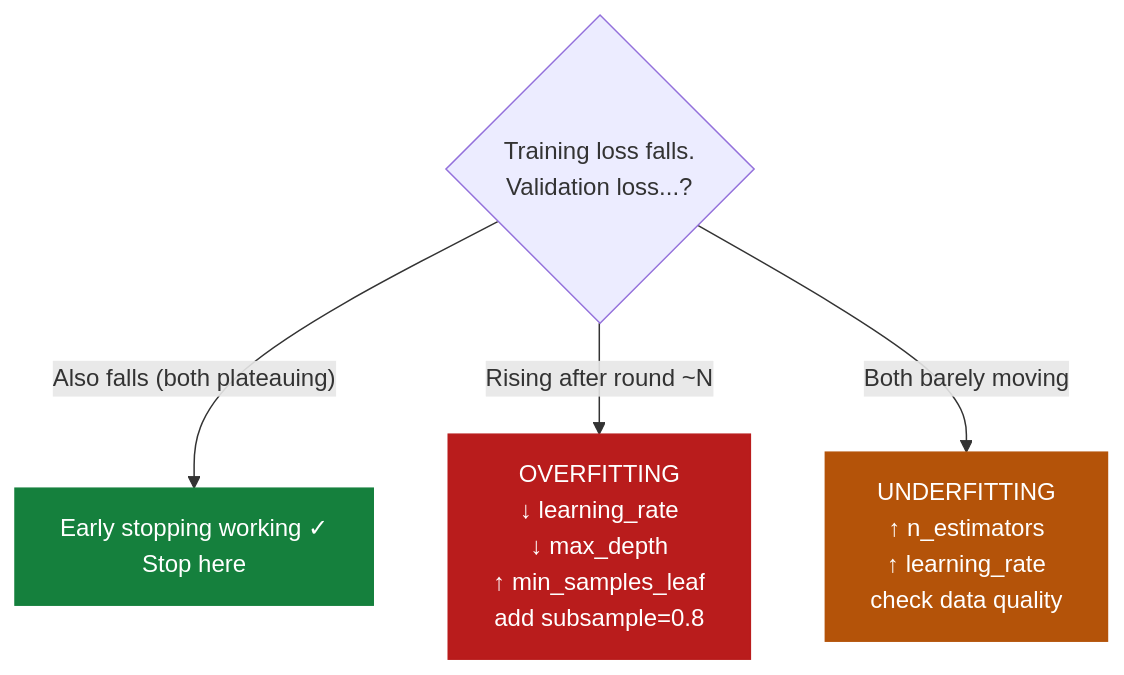
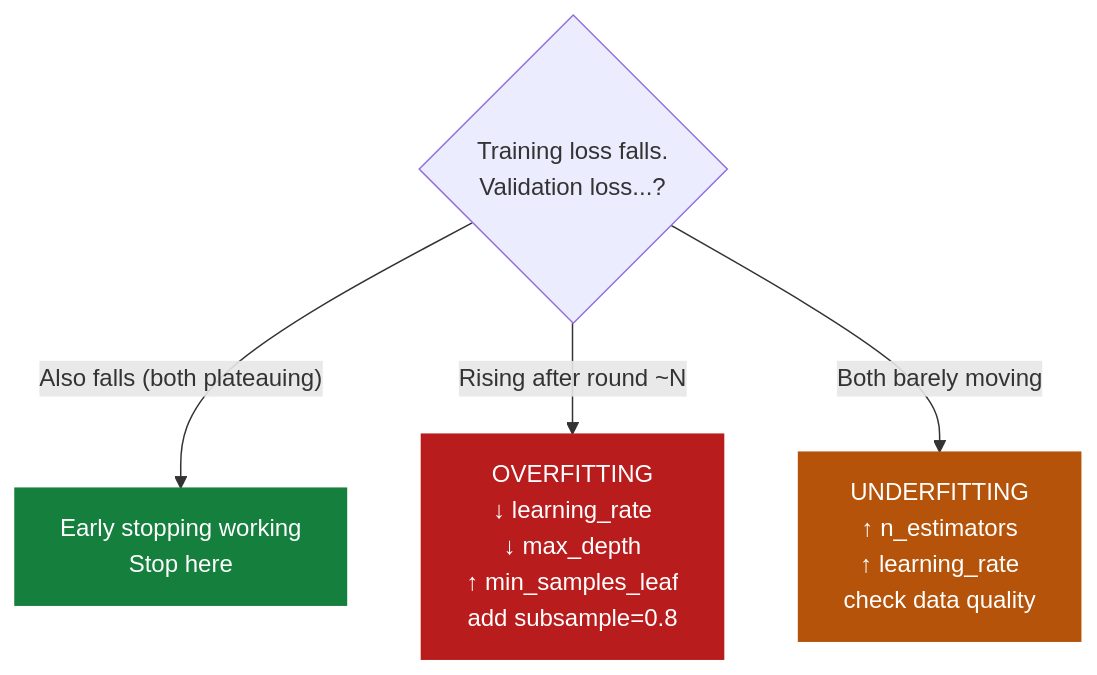
Before and after one commit to dsgouda7/ai-portfolio: the fourth of 4 diagrams in notes/01-ml/08-ensemble-methods/ch02_boosting/README.md, drawn with Mermaid. The commit also changed other lines of this file and 391 other files, not shown here.

````diff
--- a/notes/01-ml/08-ensemble-methods/ch02_boosting/README.md
+++ b/notes/01-ml/08-ensemble-methods/ch02_boosting/README.md
@@ -552,11 +552,11 @@
 ```mermaid
 flowchart TD
  classDef danger fill:#b91c1c,color:#fff,stroke:#b91c1c
  classDef success fill:#15803d,color:#fff,stroke:#15803d
  classDef caution fill:#b45309,color:#fff,stroke:#b45309
 
  Q1{"Training loss falls.\nValidation loss...?"}
- Q1 -->|"Also falls (both plateauing)"| A2["Early stopping working ✓\nStop here"]:::success
+ Q1 -->|"Also falls (both plateauing)"| A2["Early stopping working \nStop here"]:::success
  Q1 -->|"Rising after round ~N"| A3["OVERFITTING\n↓ learning_rate\n↓ max_depth\n↑ min_samples_leaf\nadd subsample=0.8"]:::danger
  Q1 -->|"Both barely moving"| A4["UNDERFITTING\n↑ n_estimators\n↑ learning_rate\ncheck data quality"]:::caution
 ```
````
